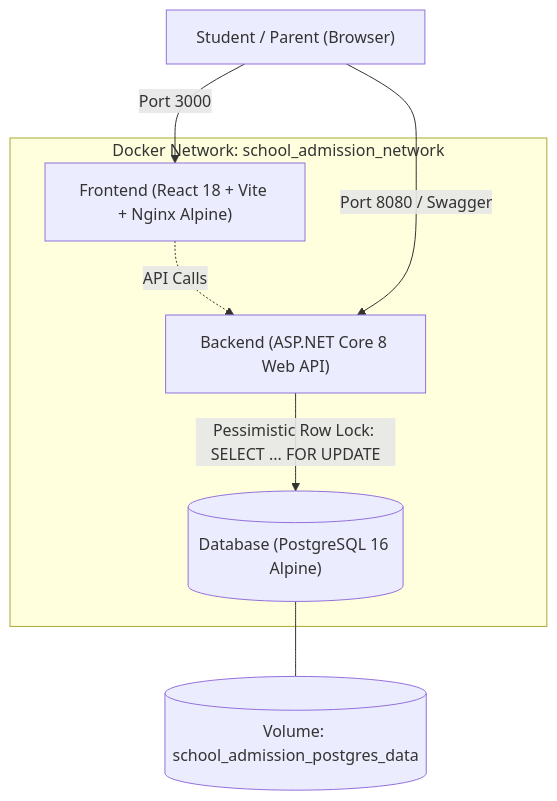
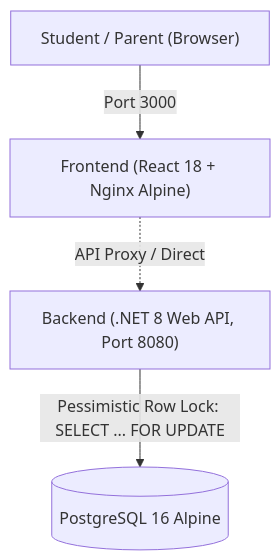
One commit to ranak8811/School-Admission-System changed the diagram in README.md. Above: the diagram before and after it, drawn with Mermaid. The commit also changed other lines of this file and 2 other files, not shown here.

````diff
--- a/README.md
+++ b/README.md
@@ -76,15 +60,6 @@
 ```mermaid
 graph TD
-    User["Student / Parent (Browser)"] -->|Port 3000| Nginx["Frontend (React 18 + Vite + Nginx Alpine)"]
-    Nginx -.->|API Calls| Backend["Backend (ASP.NET Core 8 Web API)"]
-    User -->|Port 8080 / Swagger| Backend
-    Backend -->|Pessimistic Row Lock: SELECT ... FOR UPDATE| DB[("Database (PostgreSQL 16 Alpine)")]
-    
-    subgraph Docker Network: school_admission_network
-        Nginx
-        Backend
-        DB
-    end
-    
-    DB --- Vol[("Volume: school_admission_postgres_data")]
+    User["Student / Parent (Browser)"] -->|Port 3000| Nginx["Frontend (React 18 + Nginx Alpine)"]
+    Nginx -.->|API Proxy / Direct| Backend["Backend (.NET 8 Web API, Port 8080)"]
+    Backend -->|Pessimistic Row Lock: SELECT ... FOR UPDATE| DB[("PostgreSQL 16 Alpine")]
 ```
````
